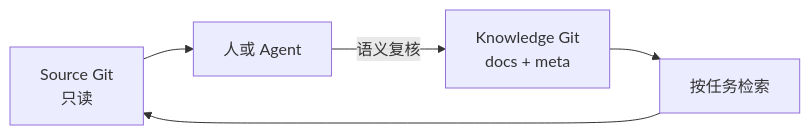
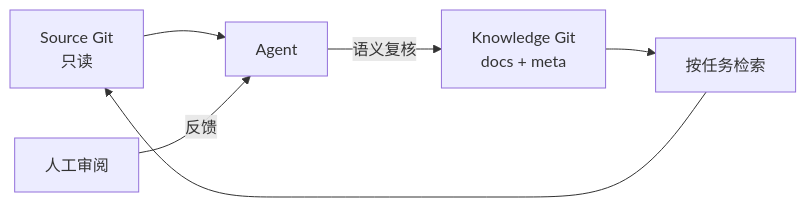
Before and after one commit to vegetablebird6/llmdoc: the diagram in README.zh-CN.md, drawn with Mermaid. The commit also changed other lines of this file and 44 other files, not shown here.

Commit message:
test: converge protocol suite and validate config via published schema

````diff
--- a/README.zh-CN.md
+++ b/README.zh-CN.md
@@ -26,7 +38,8 @@
 ```mermaid
 flowchart LR
-    S[Source Git<br/>只读] --> A[人或 Agent]
+    S[Source Git<br/>只读] --> A[Agent]
     A -->|语义复核| K[Knowledge Git<br/>docs + meta]
+    H[人工审阅] -->|反馈| A
     K --> R[按任务检索]
     R --> S
 ```
````
